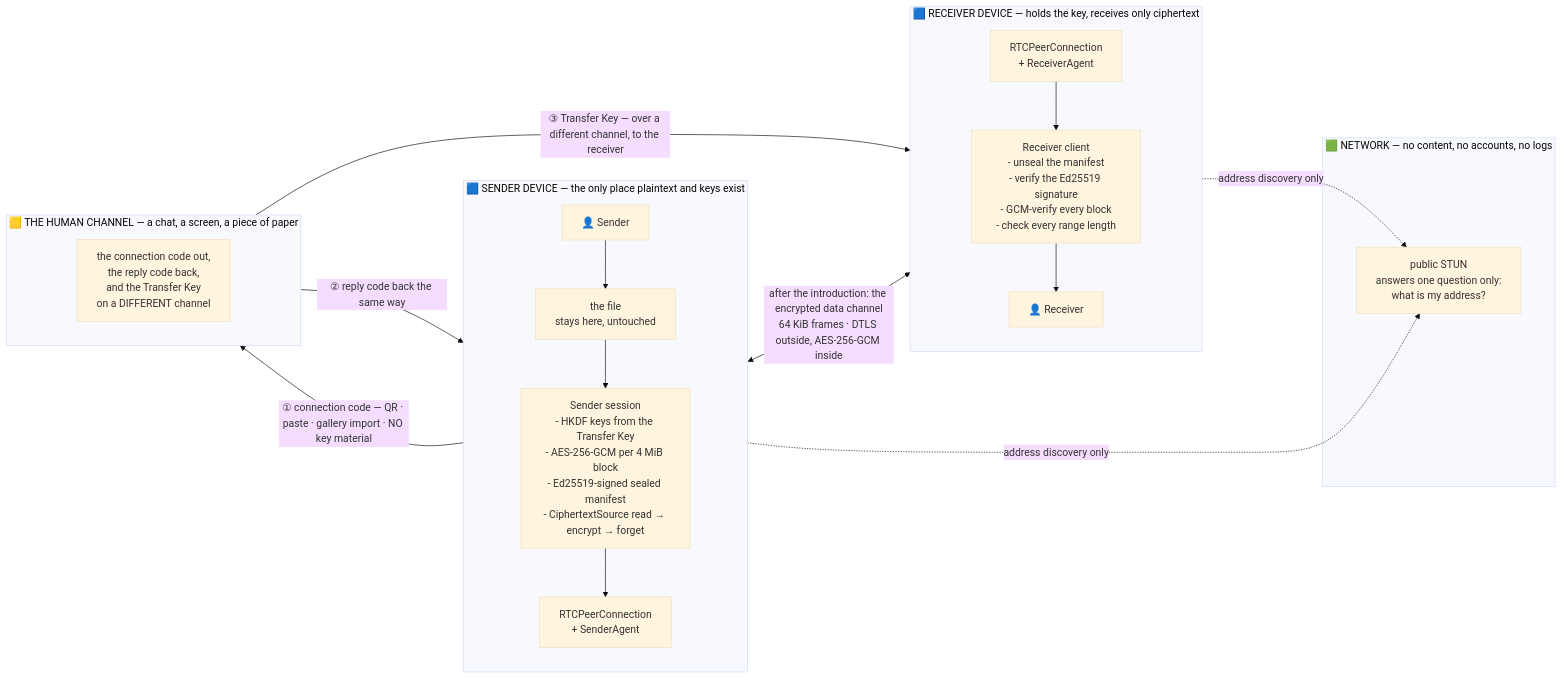
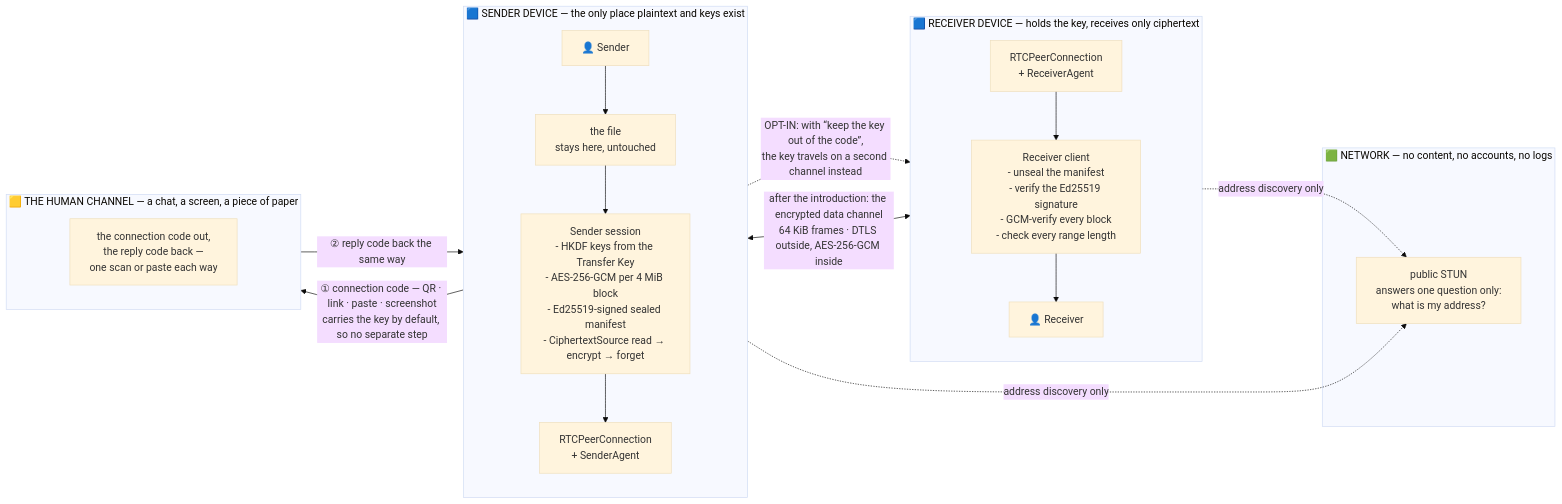
One commit to hackersfun369/streamer changed the first of 8 diagrams in docs/DIAGRAMS.md. Above: the diagram before and after it, drawn with Mermaid (base theme). The commit also changed other lines of this file and 18 other files, not shown here.

First line of the commit message:
Redesign the UI around one code, with the key inside it

````diff
--- a/docs/DIAGRAMS.md
+++ b/docs/DIAGRAMS.md
@@ -16,35 +16,35 @@
 ```mermaid
 flowchart LR
     subgraph SD["🟦 SENDER DEVICE — the only place plaintext and keys exist"]
         direction TB
         SU["👤 Sender"]
         SF["the file<br/>stays here, untouched"]
         SC["Sender session<br/>- HKDF keys from the Transfer Key<br/>- AES-256-GCM per 4 MiB block<br/>- Ed25519-signed sealed manifest<br/>- CiphertextSource read → encrypt → forget"]
         SP["RTCPeerConnection<br/>+ SenderAgent"]
         SU --> SF --> SC --> SP
     end
 
     subgraph HC["🟨 THE HUMAN CHANNEL — a chat, a screen, a piece of paper"]
         direction TB
-        HUM["the connection code out,<br/>the reply code back,<br/>and the Transfer Key<br/>on a DIFFERENT channel"]
+        HUM["the connection code out,<br/>the reply code back —<br/>one scan or paste each way"]
     end
 
     subgraph RD["🟦 RECEIVER DEVICE — holds the key, receives only ciphertext"]
         direction TB
         RP["RTCPeerConnection<br/>+ ReceiverAgent"]
         RC["Receiver client<br/>- unseal the manifest<br/>- verify the Ed25519 signature<br/>- GCM-verify every block<br/>- check every range length"]
         RU["👤 Receiver"]
         RP --> RC --> RU
     end
 
     subgraph NET["🟩 NETWORK — no content, no accounts, no logs"]
         STUN["public STUN<br/>answers one question only:<br/>what is my address?"]
     end
 
-    SP -->|"① connection code — QR · paste · gallery import · NO key material"| HUM
+    SP -->|"① connection code — QR · link · paste · screenshot<br/>carries the key by default, so no separate step"| HUM
     HUM -->|"② reply code back the same way"| SP
-    HUM -->|"③ Transfer Key — over a different channel, to the receiver"| RC
+    SP -.->|"OPT-IN: with “keep the key out of the code”,<br/>the key travels on a second channel instead"| RC
     SP <-->|"after the introduction: the encrypted data channel<br/>64 KiB frames · DTLS outside, AES-256-GCM inside"| RP
     SP -.->|"address discovery only"| STUN
     RP -.->|"address discovery only"| STUN
 ```
````
